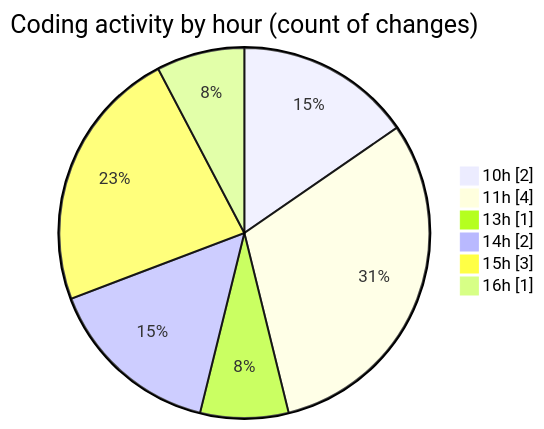
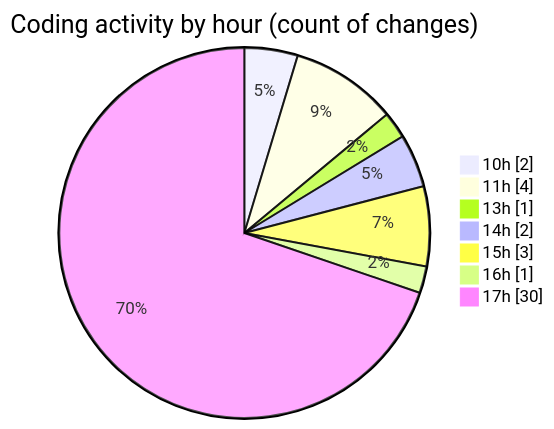
One commit to nxtqubesakshisongat/code-tracking changed the second of 2 diagrams in 2025-05-02/nxtqube_webapp/README.md. Above: the diagram before and after it, drawn with Mermaid. The commit also changed other lines of this file and 1 other file, not shown here.

````diff
--- a/2025-05-02/nxtqube_webapp/README.md
+++ b/2025-05-02/nxtqube_webapp/README.md
@@ -34,10 +36,11 @@
 ```mermaid
 pie showData
 title Coding activity by hour (count of changes)
 "10h" : 2
 "11h" : 4
 "13h" : 1
 "14h" : 2
 "15h" : 3
 "16h" : 1
+"17h" : 30
 ```
````
